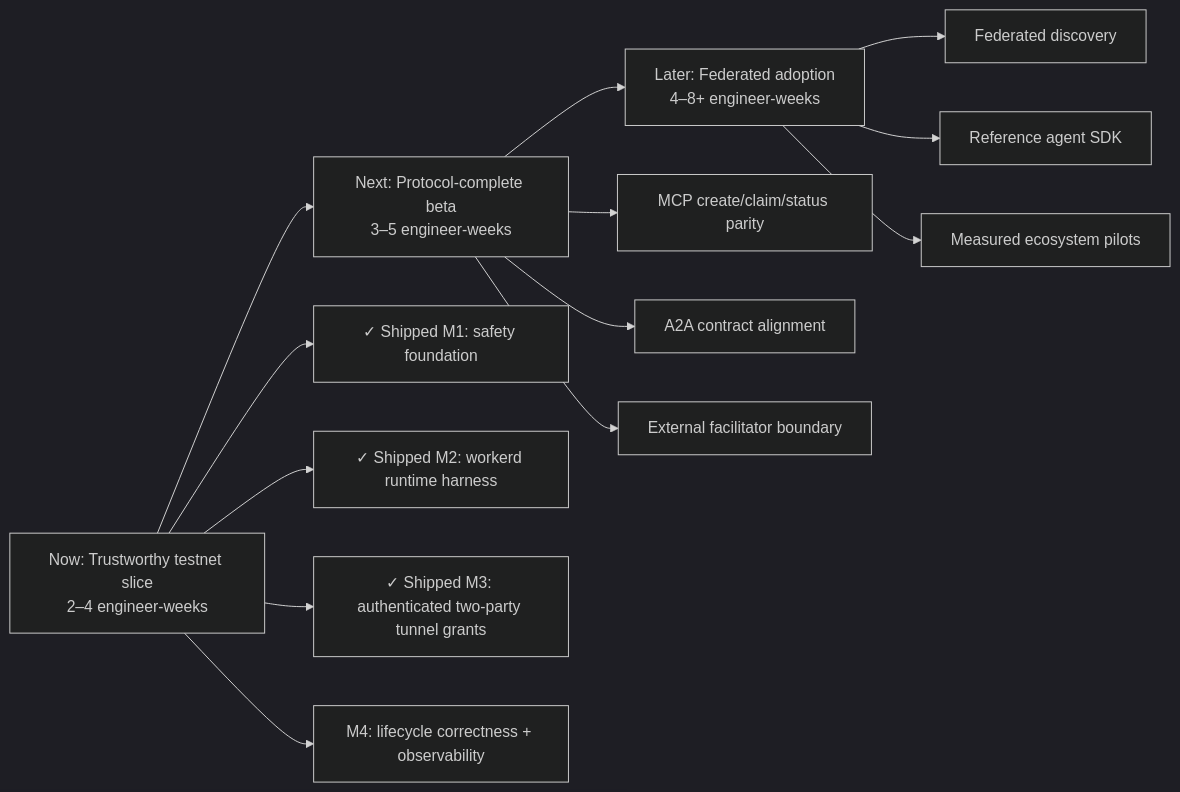
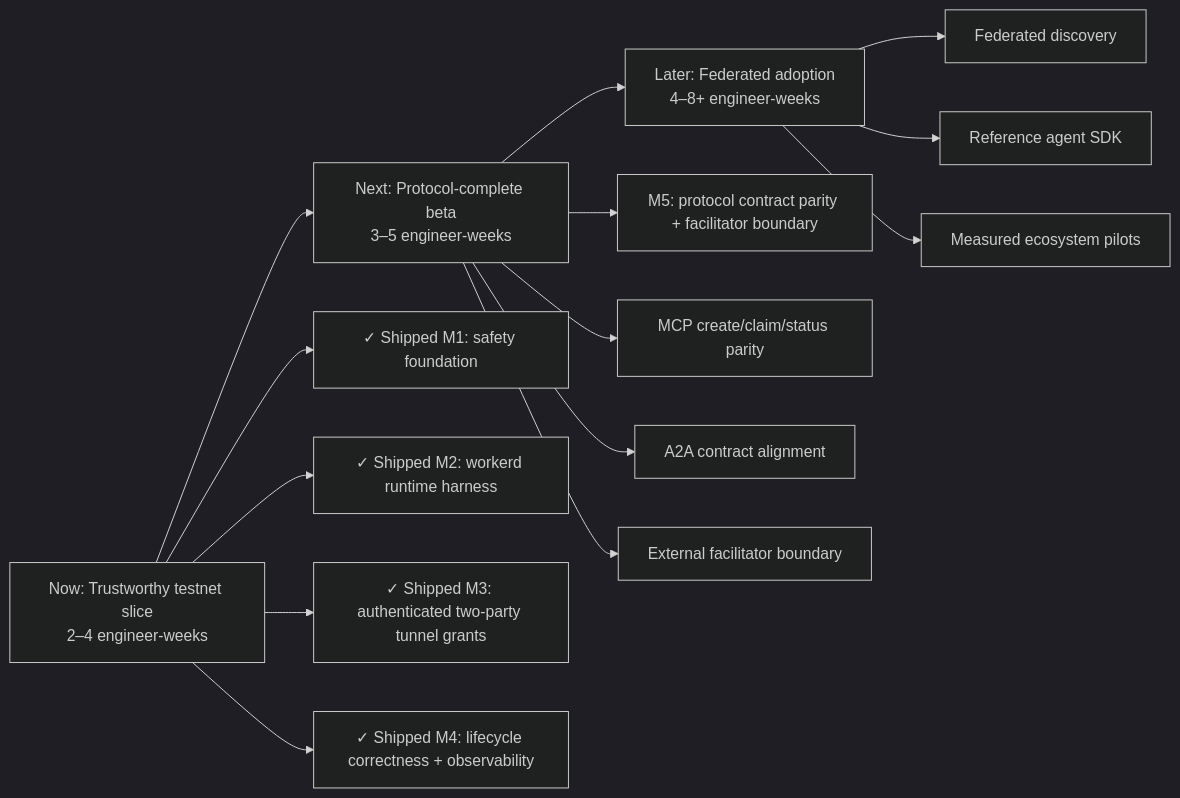
One commit to mystic-io/automata.board changed the diagram in ROADMAP.md. Above: the diagram before and after it, drawn with Mermaid (dark theme). The commit also changed other lines of this file and 8 other files, not shown here.

Commit message:
docs: publish lifecycle observability contract

````diff
--- a/ROADMAP.md
+++ b/ROADMAP.md
@@ -14,18 +14,19 @@
 ```mermaid
 flowchart LR
   A["Now: Trustworthy testnet slice\n2–4 engineer-weeks"] --> B["Next: Protocol-complete beta\n3–5 engineer-weeks"]
   B --> C["Later: Federated adoption\n4–8+ engineer-weeks"]
 
   A --> A1["✓ Shipped M1: safety foundation"]
   A --> A2["✓ Shipped M2: workerd runtime harness"]
   A --> A3["✓ Shipped M3: authenticated two-party tunnel grants"]
-  A --> A4["M4: lifecycle correctness + observability"]
+  A --> A4["✓ Shipped M4: lifecycle correctness + observability"]
 
+  B --> B0["M5: protocol contract parity + facilitator boundary"]
   B --> B1["MCP create/claim/status parity"]
   B --> B2["A2A contract alignment"]
   B --> B3["External facilitator boundary"]
 
   C --> C1["Federated discovery"]
   C --> C2["Reference agent SDK"]
   C --> C3["Measured ecosystem pilots"]
 ```
````
